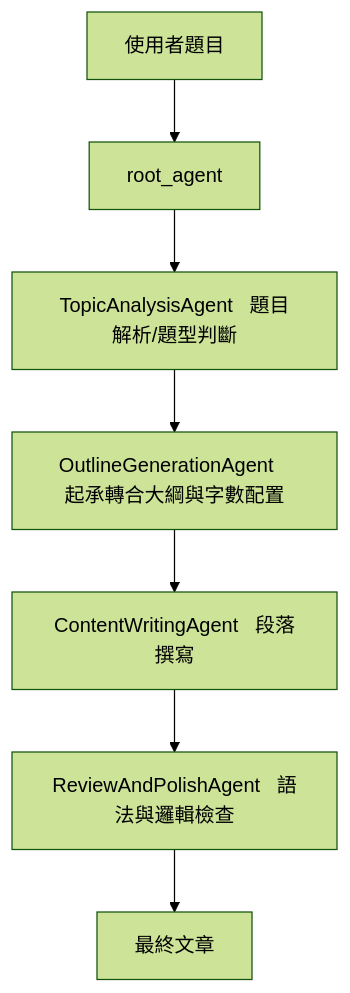
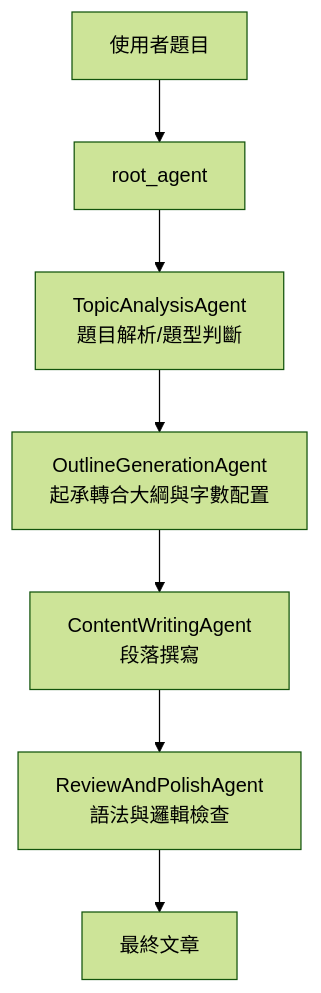
Before and after one commit to pia8628/Agent_ExamEssayWriter: the first of 2 diagrams in README.md, drawn with Mermaid (forest theme). The commit also changed other lines of this file, not shown here.

Commit message:
Fix line breaks in architecture diagram in README
格式調整

````diff
--- a/README.md
+++ b/README.md
@@ -13,9 +13,9 @@
 ```mermaid
 flowchart TD
     UserPrompt[使用者題目] --> Root[root_agent]
-    Root --> A[TopicAnalysisAgent   題目解析/題型判斷]
-    A --> B[OutlineGenerationAgent   起承轉合大綱與字數配置]
-    B --> C[ContentWritingAgent   段落撰寫]
-    C --> D[ReviewAndPolishAgent   語法與邏輯檢查]
+    Root --> A[TopicAnalysisAgent<br>題目解析/題型判斷]
+    A --> B[OutlineGenerationAgent<br>起承轉合大綱與字數配置]
+    B --> C[ContentWritingAgent<br>段落撰寫]
+    C --> D[ReviewAndPolishAgent<br>語法與邏輯檢查]
     D --> Output[最終文章]
 ```
````
